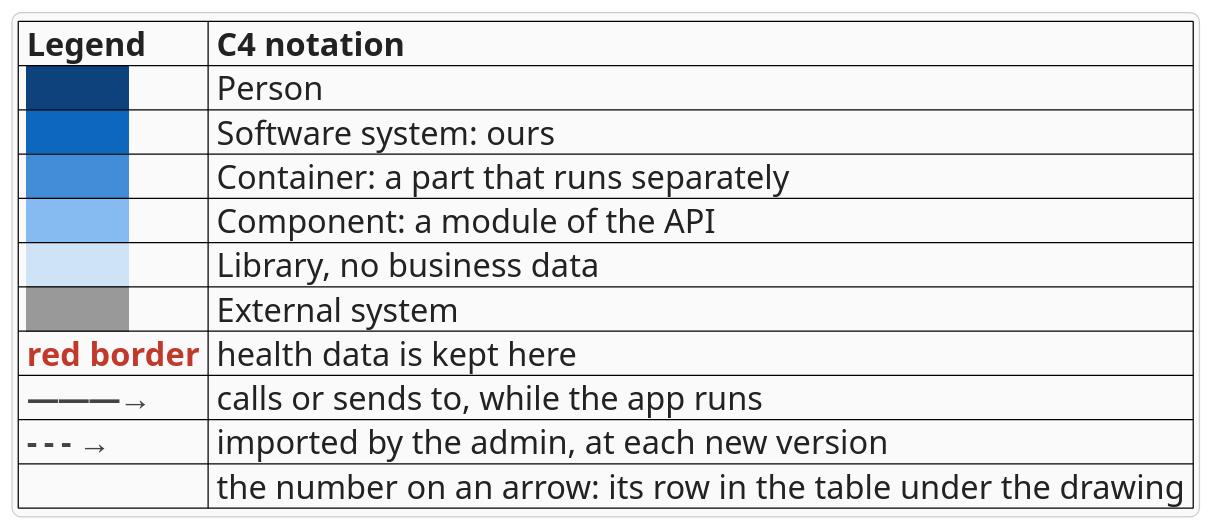
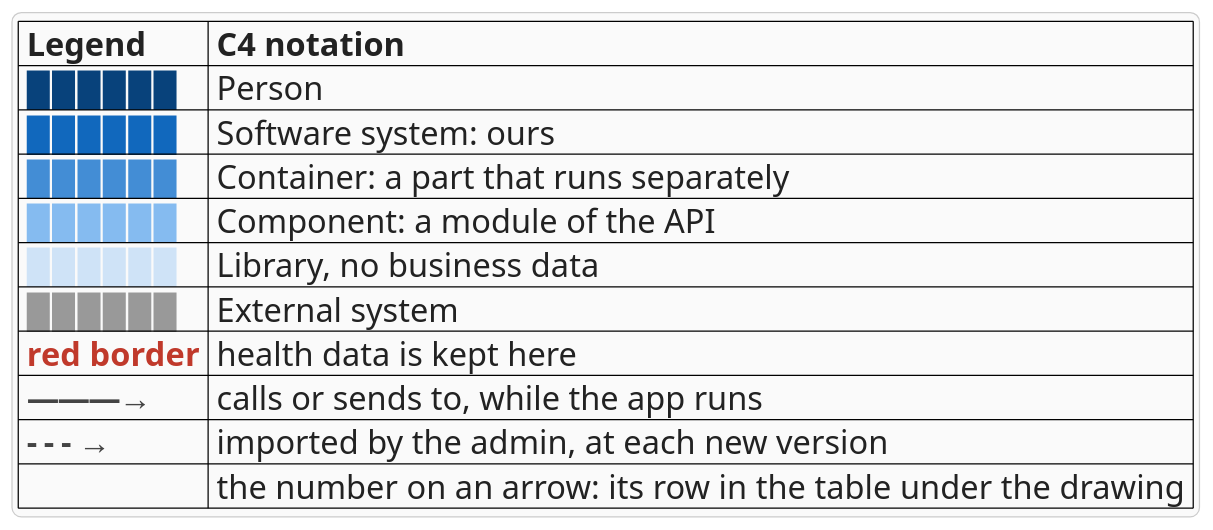
One commit to developedbyflow/ways-of-working changed the diagram in skills/docs-setup/assets/c4/legend.puml. Above: the diagram before and after it, drawn with PlantUML.

Commit message:
docs-setup: the C4 legend's colour squares as coloured blocks; PlantUML draws no background behind spaces, so they came out blank

```diff
--- a/skills/docs-setup/assets/c4/legend.puml
+++ b/skills/docs-setup/assets/c4/legend.puml
@@ -1,20 +1,20 @@
 <style>
 legend {
   FontSize 26
   BackgroundColor #fafafa
   LineColor #cccccc
 }
 </style>
 legend bottom left
 |= <size:26><color:#222222>Legend</color></size> |= <size:26><color:#222222>C4 notation</color></size> |
-| <back:#08427b><size:26>            </size></back> | <size:26><color:#222222>Person</color></size> |
-| <back:#1168bd><size:26>            </size></back> | <size:26><color:#222222>Software system: ours</color></size> |
-| <back:#438dd5><size:26>            </size></back> | <size:26><color:#222222>Container: a part that runs separately</color></size> |
-| <back:#85bbf0><size:26>            </size></back> | <size:26><color:#222222>Component: a module of the API</color></size> |
-| <back:#cfe3f7><size:26>            </size></back> | <size:26><color:#222222>Library, no business data</color></size> |
-| <back:#999999><size:26>            </size></back> | <size:26><color:#222222>External system</color></size> |
+| <size:26><color:#08427b>██████</color></size> | <size:26><color:#222222>Person</color></size> |
+| <size:26><color:#1168bd>██████</color></size> | <size:26><color:#222222>Software system: ours</color></size> |
+| <size:26><color:#438dd5>██████</color></size> | <size:26><color:#222222>Container: a part that runs separately</color></size> |
+| <size:26><color:#85bbf0>██████</color></size> | <size:26><color:#222222>Component: a module of the API</color></size> |
+| <size:26><color:#cfe3f7>██████</color></size> | <size:26><color:#222222>Library, no business data</color></size> |
+| <size:26><color:#999999>██████</color></size> | <size:26><color:#222222>External system</color></size> |
 | <size:26><color:#c0392b>**red border**</color></size> | <size:26><color:#222222>health data is kept here</color></size> |
 | <size:26><color:#444444>**———→**</color></size> | <size:26><color:#222222>calls or sends to, while the app runs</color></size> |
 | <size:26><color:#444444>**- - - →**</color></size> | <size:26><color:#222222>imported by the admin, at each new version</color></size> |
 | | <size:26><color:#222222>the number on an arrow: its row in the table under the drawing</color></size> |
 endlegend
```
